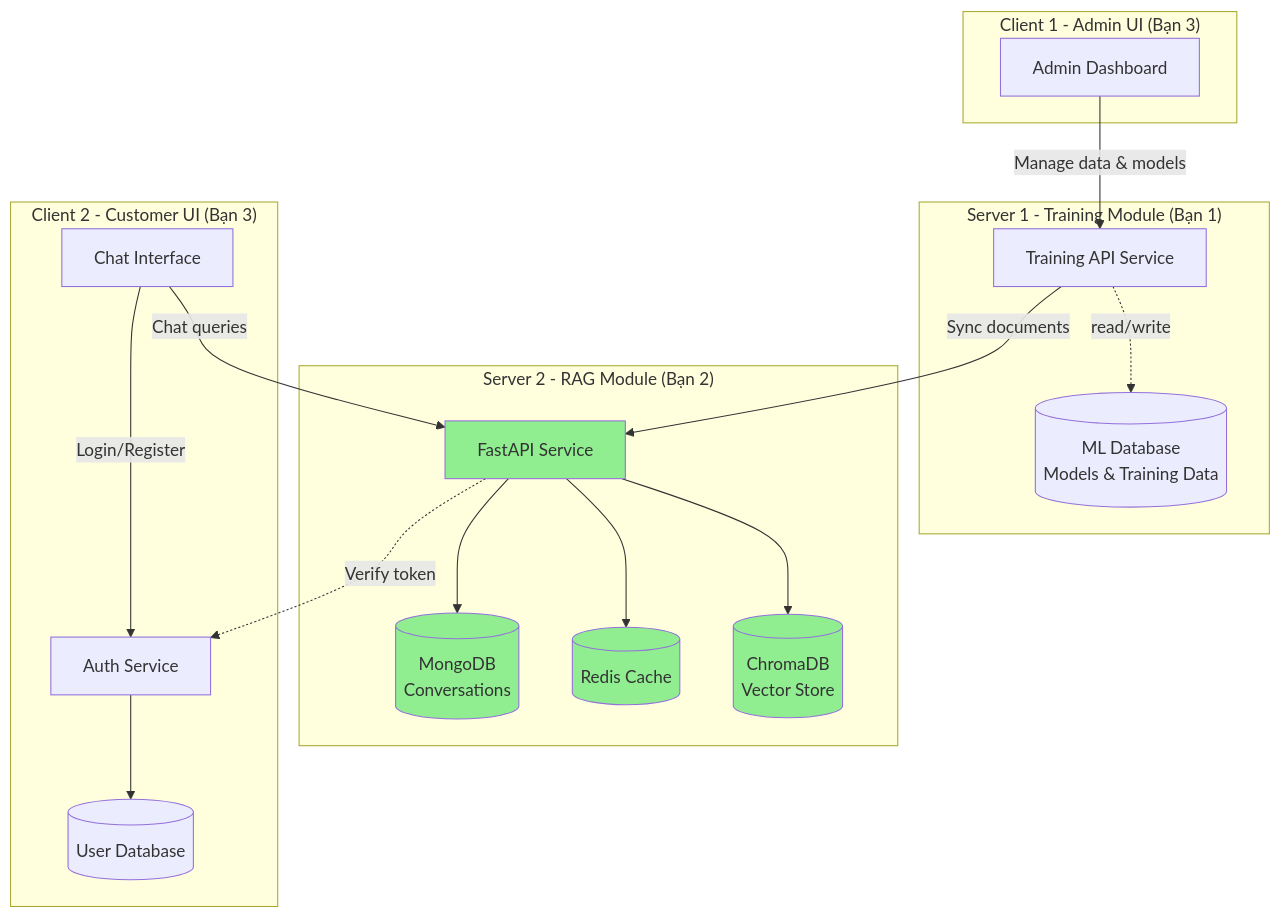
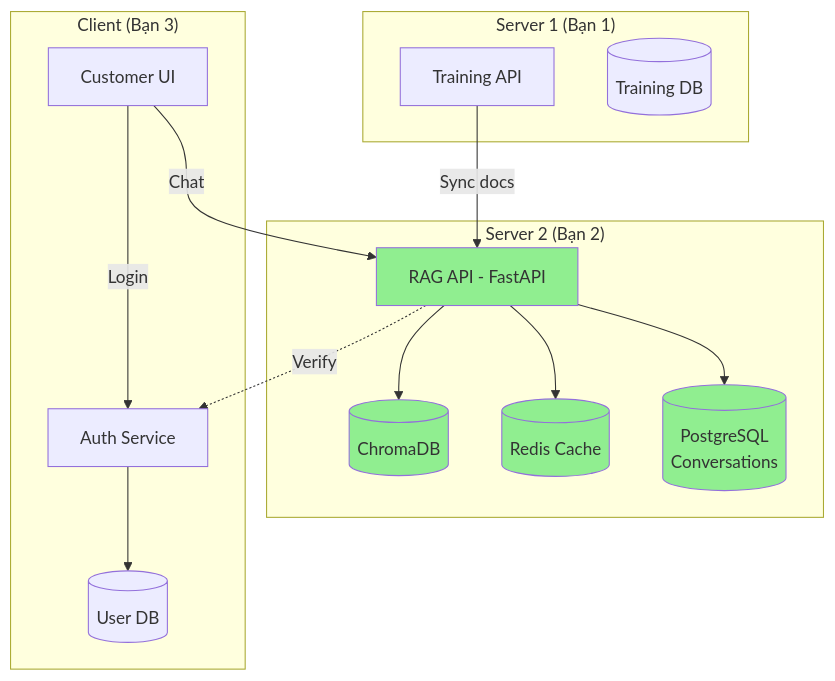
Before and after one commit to tvanle/Module2-HTTM: the tenth of 10 diagrams in README.md, drawn with Mermaid. The commit also changed other lines of this file, not shown here.

````diff
--- a/README.md
+++ b/README.md
@@ -890,40 +569,35 @@
 ```mermaid
 graph TB
-    subgraph "Server 1 - Training Module (Bạn 1)"
-        S1[Training API Service]
-        DB1[(ML Database<br/>Models & Training Data)]
-        S1 -.->|read/write| DB1
+    subgraph "Server 1 (Bạn 1)"
+        S1[Training API]
+        DB1[(Training DB)]
     end
 
-    subgraph "Server 2 - RAG Module (Bạn 2)"
-        S2[FastAPI Service]
-        VDB[(ChromaDB<br/>Vector Store)]
+    subgraph "Server 2 (Bạn 2)"
+        S2[RAG API - FastAPI]
+        VDB[(ChromaDB)]
         Redis[(Redis Cache)]
-        MongoDB[(MongoDB<br/>Conversations)]
+        PG[(PostgreSQL<br/>Conversations)]
+
         S2 --> VDB
         S2 --> Redis
-        S2 --> MongoDB
+        S2 --> PG
     end
 
-    subgraph "Client 1 - Admin UI (Bạn 3)"
-        C1[Admin Dashboard]
-    end
-
-    subgraph "Client 2 - Customer UI (Bạn 3)"
-        C2[Chat Interface]
+    subgraph "Client (Bạn 3)"
         Auth[Auth Service]
-        DB2[(User Database)]
+        C2[Customer UI]
+        DB2[(User DB)]
         Auth --> DB2
     end
 
-    C1 -->|Manage data & models| S1
-    S1 -->|Sync documents| S2
-    C2 -->|Chat queries| S2
-    C2 -->|Login/Register| Auth
-    S2 -.->|Verify token| Auth
+    S1 -->|Sync docs| S2
+    C2 -->|Chat| S2
+    C2 -->|Login| Auth
+    S2 -.->|Verify| Auth
 
     style S2 fill:#90EE90
     style VDB fill:#90EE90
     style Redis fill:#90EE90
-    style MongoDB fill:#90EE90
+    style PG fill:#90EE90
 ```
````
